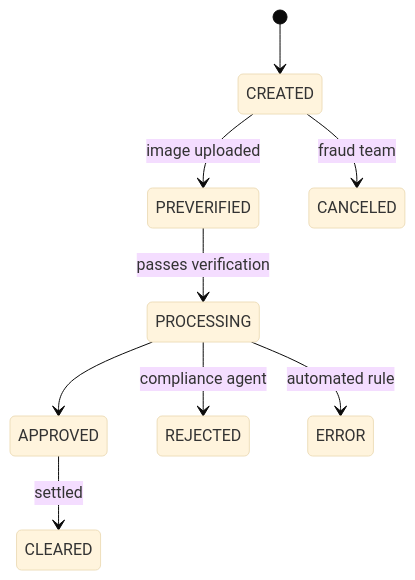
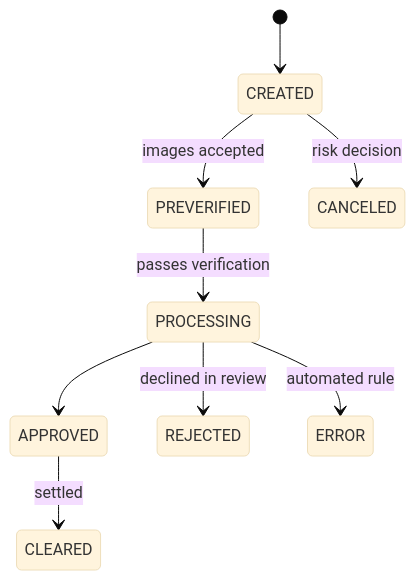
Before and after one commit to reevu-adhikary-alviere/symmetrical-octo-memory: the diagram in docs/guides/checks.md, drawn with Mermaid (base theme). The commit also changed other lines of this file, not shown here.

````diff
--- a/docs/guides/checks.md
+++ b/docs/guides/checks.md
@@ -32,11 +40,11 @@
 ```mermaid
 stateDiagram-v2
     [*] --> CREATED
-    CREATED --> PREVERIFIED : image uploaded
+    CREATED --> PREVERIFIED : images accepted
     PREVERIFIED --> PROCESSING : passes verification
     PROCESSING --> APPROVED
-    PROCESSING --> REJECTED : compliance agent
+    PROCESSING --> REJECTED : declined in review
     PROCESSING --> ERROR : automated rule
-    CREATED --> CANCELED : fraud team
+    CREATED --> CANCELED : risk decision
     APPROVED --> CLEARED : settled
 ```
````
